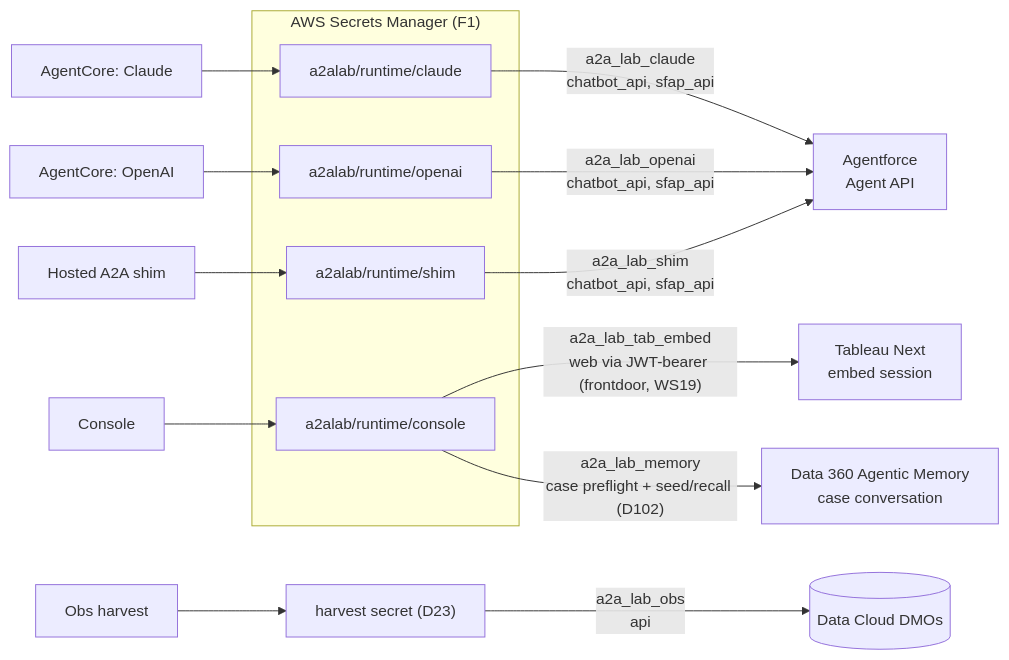
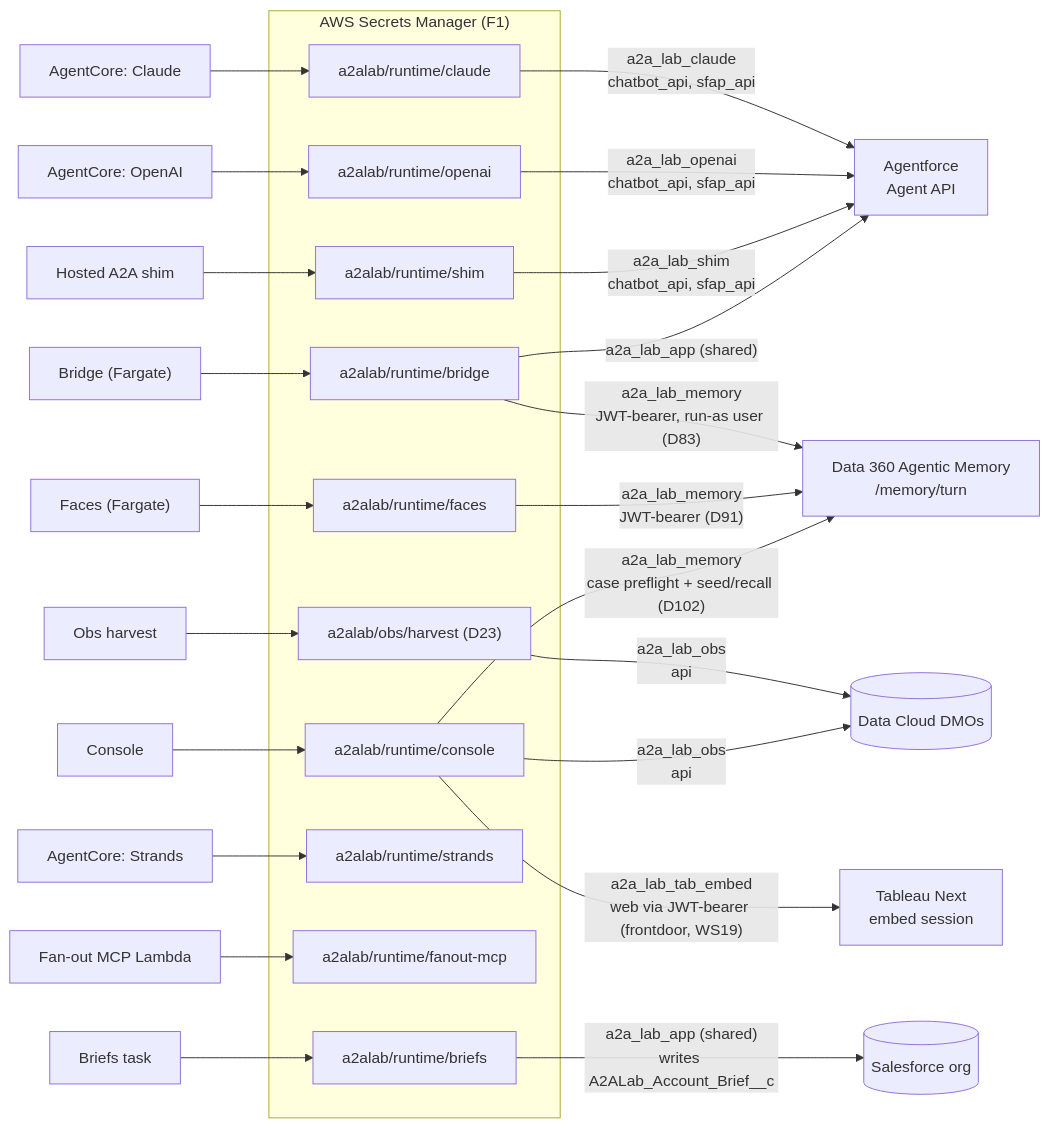
The fourth of 4 diagrams in README.md (congmingwudi/a2a-lab), drawn with Mermaid before and after one commit. The commit also changed other lines of this file and 15 other files, not shown here.

First line of the commit message:
WS30: Digital Wallet consumption tab scaffold + architecture sweep fixes

````diff
--- a/README.md
+++ b/README.md
@@ -621,22 +626,38 @@
 ```mermaid
 flowchart LR
     subgraph sm["AWS Secrets Manager (F1)"]
         SC["a2alab/runtime/claude"]
         SO["a2alab/runtime/openai"]
         SS["a2alab/runtime/shim"]
         SCON["a2alab/runtime/console"]
+        SB["a2alab/runtime/bridge"]
+        SF["a2alab/runtime/faces"]
+        SBR["a2alab/runtime/briefs"]
+        SST["a2alab/runtime/strands"]
+        SFAN["a2alab/runtime/fanout-mcp"]
+        SH["a2alab/obs/harvest (D23)"]
     end
 
     ACC["AgentCore: Claude"] --> SC
     ACO["AgentCore: OpenAI"] --> SO
     HSHIM["Hosted A2A shim"] --> SS
     CON["Console"] --> SCON
-    HARV["Obs harvest"] --> SH["harvest secret (D23)"]
+    HARV["Obs harvest"] --> SH
+    BR["Bridge (Fargate)"] --> SB
+    FACES["Faces (Fargate)"] --> SF
+    BRIEFS["Briefs task"] --> SBR
+    ACS["AgentCore: Strands"] --> SST
+    FAN["Fan-out MCP Lambda"] --> SFAN
 
     SC -- "a2a_lab_claude<br/>chatbot_api, sfap_api" --> AAPI["Agentforce<br/>Agent API"]
     SO -- "a2a_lab_openai<br/>chatbot_api, sfap_api" --> AAPI
     SS -- "a2a_lab_shim<br/>chatbot_api, sfap_api" --> AAPI
     SH -- "a2a_lab_obs<br/>api" --> DMO[("Data Cloud DMOs")]
     SCON -- "a2a_lab_tab_embed<br/>web via JWT-bearer (frontdoor, WS19)" --> TAB["Tableau Next<br/>embed session"]
-    SCON -- "a2a_lab_memory<br/>case preflight + seed/recall (D102)" --> MEMD102["Data 360 Agentic Memory<br/>case conversation"]
+    SCON -- "a2a_lab_obs<br/>api" --> DMO
+    SB -- "a2a_lab_app (shared)" --> AAPI
+    SB -- "a2a_lab_memory<br/>JWT-bearer, run-as user (D83)" --> MEM["Data 360 Agentic Memory<br/>/memory/turn"]
+    SF -- "a2a_lab_memory<br/>JWT-bearer (D91)" --> MEM
+    SCON -- "a2a_lab_memory<br/>case preflight + seed/recall (D102)" --> MEM
+    SBR -- "a2a_lab_app (shared)<br/>writes A2ALab_Account_Brief__c" --> SFORG[("Salesforce org")]
 ```
````
